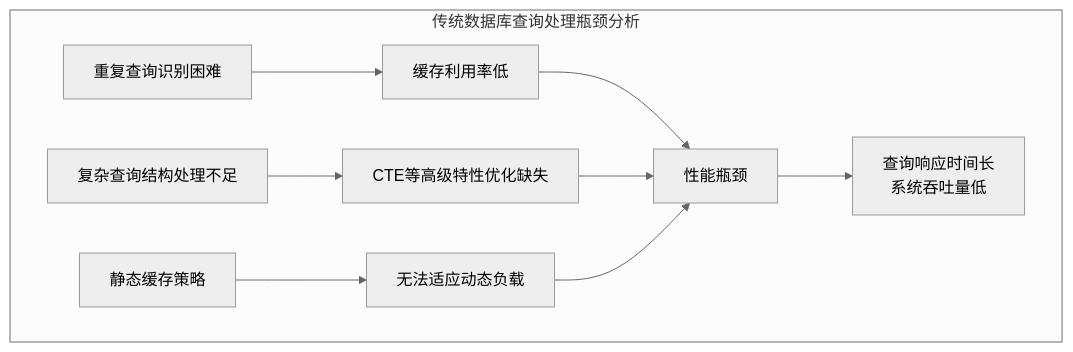
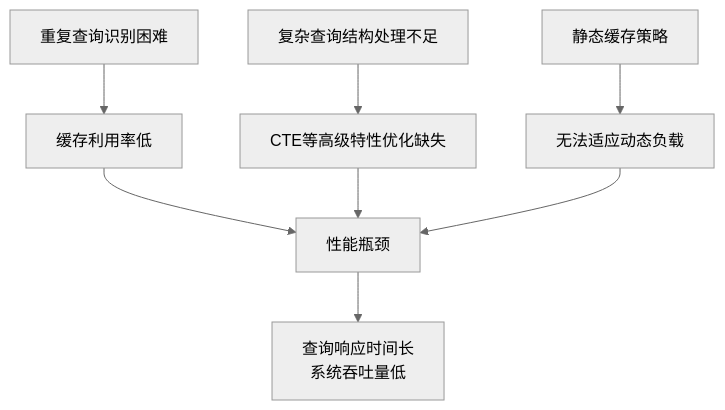
Before and after one commit to crazypenguincode/duckdb: the first of 2 diagrams in md/第一章-绪论.md, drawn with Mermaid (neutral theme). The commit also changed other lines of this file and 22 other files, not shown here.

````diff
--- a/md/第一章-绪论.md
+++ b/md/第一章-绪论.md
@@ -11,16 +11,13 @@
 ```mermaid
 graph TD
-    subgraph "传统数据库查询处理瓶颈分析"
-        
         G[重复查询识别困难] --> H[缓存利用率低]
         I[复杂查询结构处理不足] --> J[CTE等高级特性优化缺失]
         K[静态缓存策略] --> L[无法适应动态负载]
         
         H --> M[性能瓶颈]
         J --> M
         L --> M
         
         M --> N[查询响应时间长<br/>系统吞吐量低]
-    end
 
 ```
````
